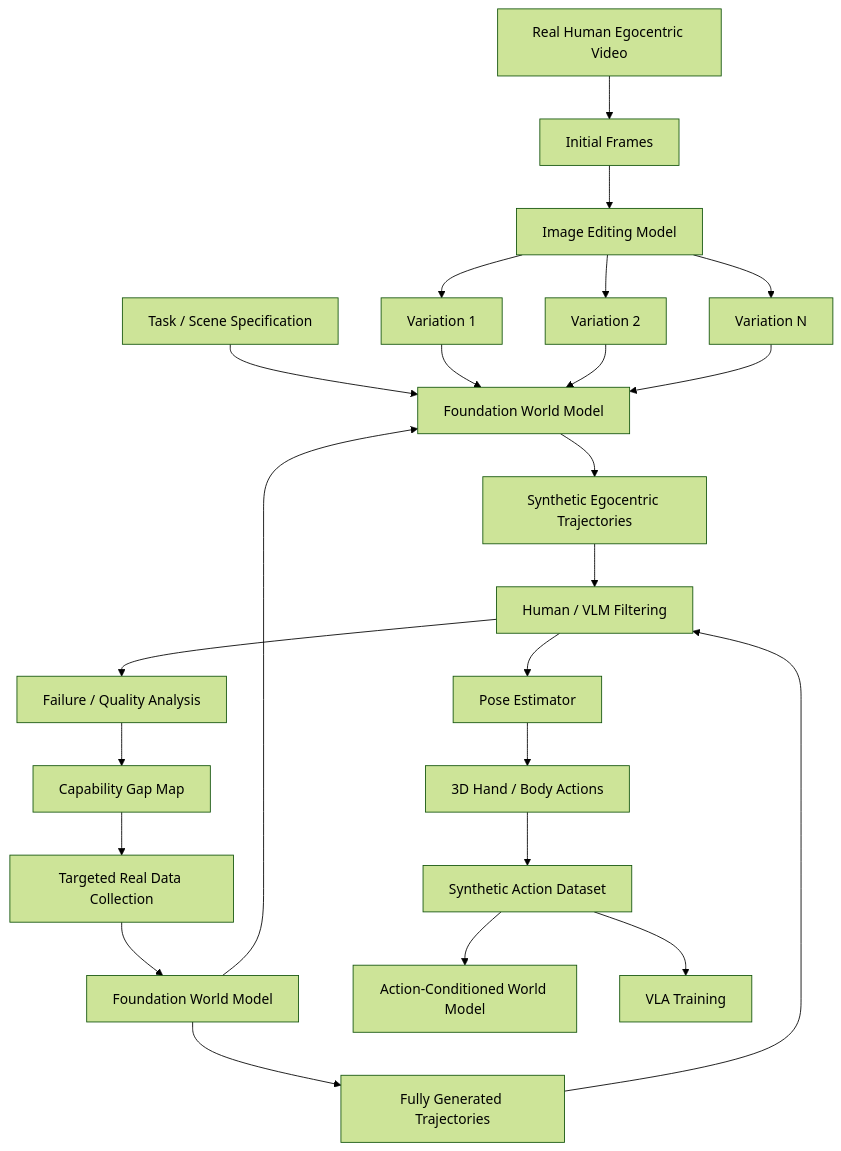
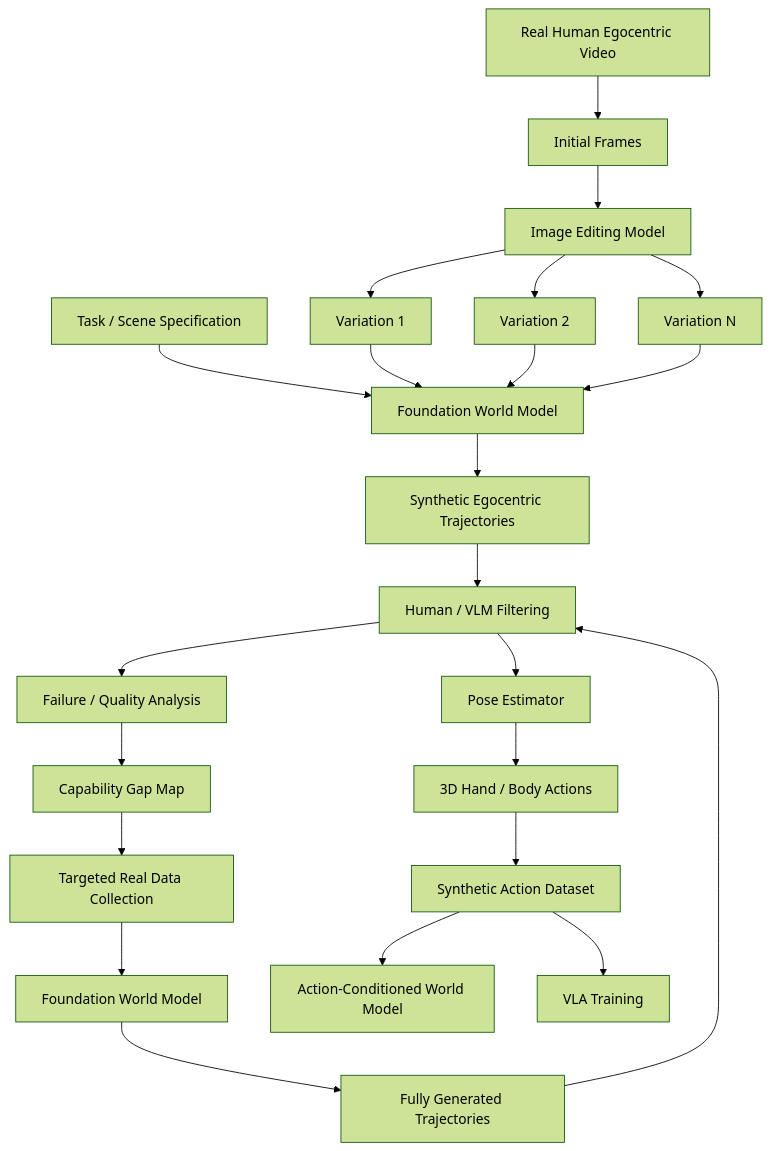
Before and after one commit to Freelunch-AI/freelunch-ide: the third of 12 diagrams in docs/specs/post-demo/lunch_robotics.md, drawn with Mermaid (forest theme). The commit also changed other lines of this file, not shown here.

````diff
--- a/docs/specs/post-demo/lunch_robotics.md
+++ b/docs/specs/post-demo/lunch_robotics.md
@@ -615,35 +526,25 @@
 ```mermaid
 flowchart TD
     A["Real Human Egocentric Video"] --> B["Initial Frames"]
     B --> C["Image Editing Model"]
     C --> D["Variation 1"]
     C --> E["Variation 2"]
     C --> F["Variation N"]
-
     G["Task / Scene Specification"] --> H["Foundation World Model"]
     D --> H
     E --> H
     F --> H
-
     H --> I["Synthetic Egocentric Trajectories"]
-
-    J["Foundation World Model"] --> H
-    J --> K["Fully Generated Trajectories"]
-
+    J["Foundation World Model"] --> K["Fully Generated Trajectories"]
     I --> L["Human / VLM Filtering"]
     K --> L
-
     L --> M["Pose Estimator"]
     M --> N["3D Hand / Body Actions"]
-
     N --> O["Synthetic Action Dataset"]
-
     O --> P["Action-Conditioned World Model"]
     O --> Q["VLA Training"]
-
     L --> R["Failure / Quality Analysis"]
     R --> S["Capability Gap Map"]
-
     S --> T["Targeted Real Data Collection"]
     T --> J
 ```
````
